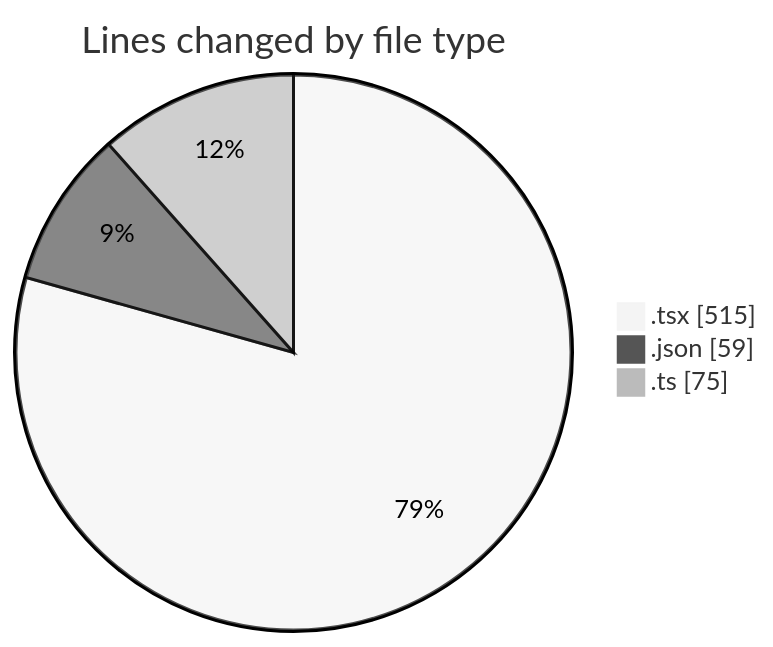
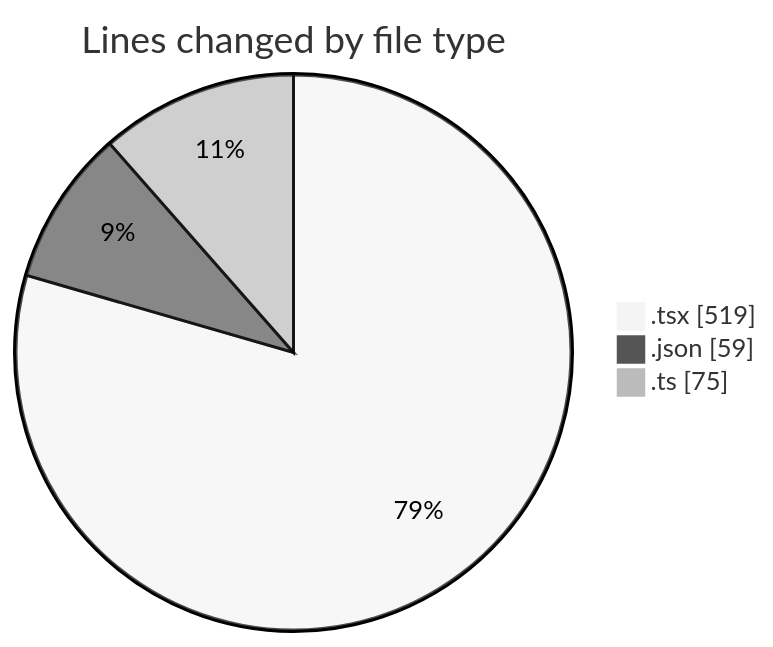
Before and after one commit to momahboobian/code-tracking: the first of 2 diagrams in 2025-11-24/cda/README.md, drawn with Mermaid (neutral theme). The commit also changed other lines of this file and 1 other file, not shown here.

````diff
--- a/2025-11-24/cda/README.md
+++ b/2025-11-24/cda/README.md
@@ -24,7 +24,7 @@
 ```mermaid
 pie showData
 title Lines changed by file type
-".tsx" : 515
+".tsx" : 519
 ".json" : 59
 ".ts" : 75
 ```
````
